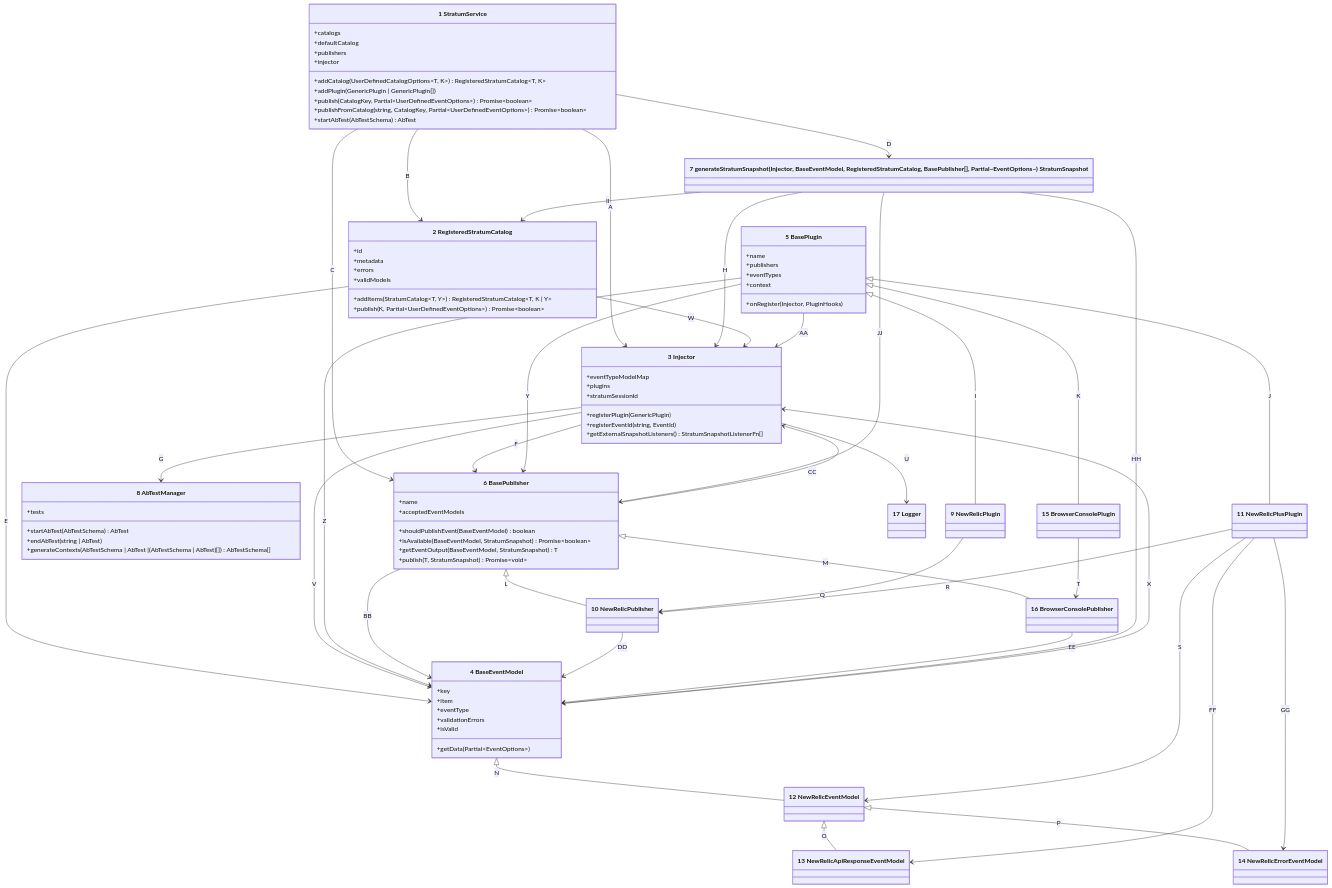
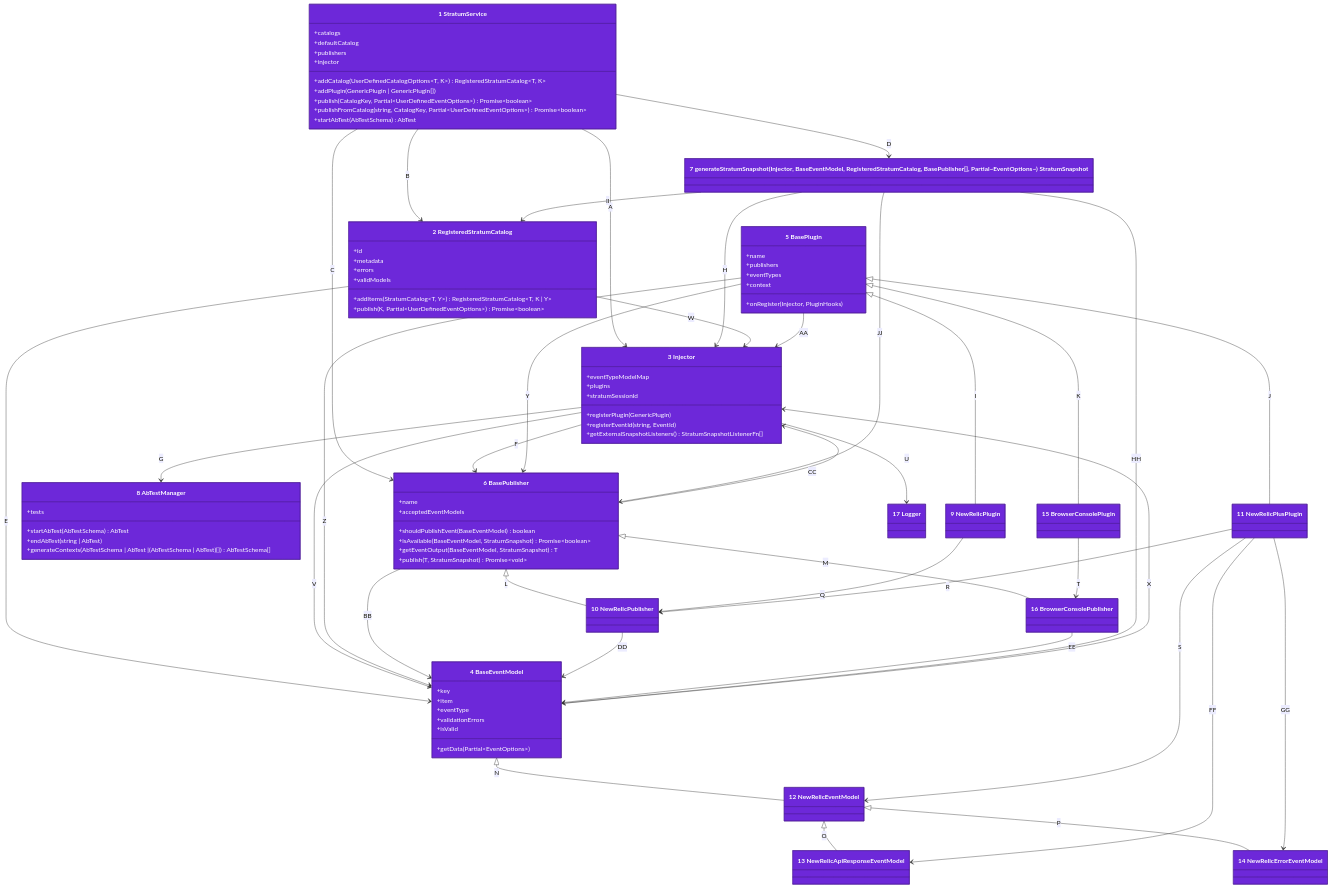
Before and after one commit to may-journal/Stratum-Observability: the first of 2 diagrams in docs/architecture/04-code.md, drawn with Mermaid. The commit also changed other lines of this file and 4 other files, not shown here.

First line of the commit message:
docs(architecture): style each view with its level's palette (#187)

````diff
--- a/docs/architecture/04-code.md
+++ b/docs/architecture/04-code.md
@@ -109,4 +109,22 @@
     generateStratumSnapshot --> BaseEventModel : HH
     generateStratumSnapshot --> RegisteredStratumCatalog : II
     generateStratumSnapshot --> BasePublisher : JJ
+
+    style StratumService fill:#6d28d9,stroke:#4c1d95,color:#ffffff
+    style RegisteredStratumCatalog fill:#6d28d9,stroke:#4c1d95,color:#ffffff
+    style Injector fill:#6d28d9,stroke:#4c1d95,color:#ffffff
+    style BaseEventModel fill:#6d28d9,stroke:#4c1d95,color:#ffffff
+    style BasePlugin fill:#6d28d9,stroke:#4c1d95,color:#ffffff
+    style BasePublisher fill:#6d28d9,stroke:#4c1d95,color:#ffffff
+    style generateStratumSnapshot fill:#6d28d9,stroke:#4c1d95,color:#ffffff
+    style AbTestManager fill:#6d28d9,stroke:#4c1d95,color:#ffffff
+    style NewRelicPlugin fill:#6d28d9,stroke:#4c1d95,color:#ffffff
+    style NewRelicPublisher fill:#6d28d9,stroke:#4c1d95,color:#ffffff
+    style NewRelicPlusPlugin fill:#6d28d9,stroke:#4c1d95,color:#ffffff
+    style NewRelicEventModel fill:#6d28d9,stroke:#4c1d95,color:#ffffff
+    style NewRelicApiResponseEventModel fill:#6d28d9,stroke:#4c1d95,color:#ffffff
+    style NewRelicErrorEventModel fill:#6d28d9,stroke:#4c1d95,color:#ffffff
+    style BrowserConsolePlugin fill:#6d28d9,stroke:#4c1d95,color:#ffffff
+    style BrowserConsolePublisher fill:#6d28d9,stroke:#4c1d95,color:#ffffff
+    style Logger fill:#6d28d9,stroke:#4c1d95,color:#ffffff
 ```
````
